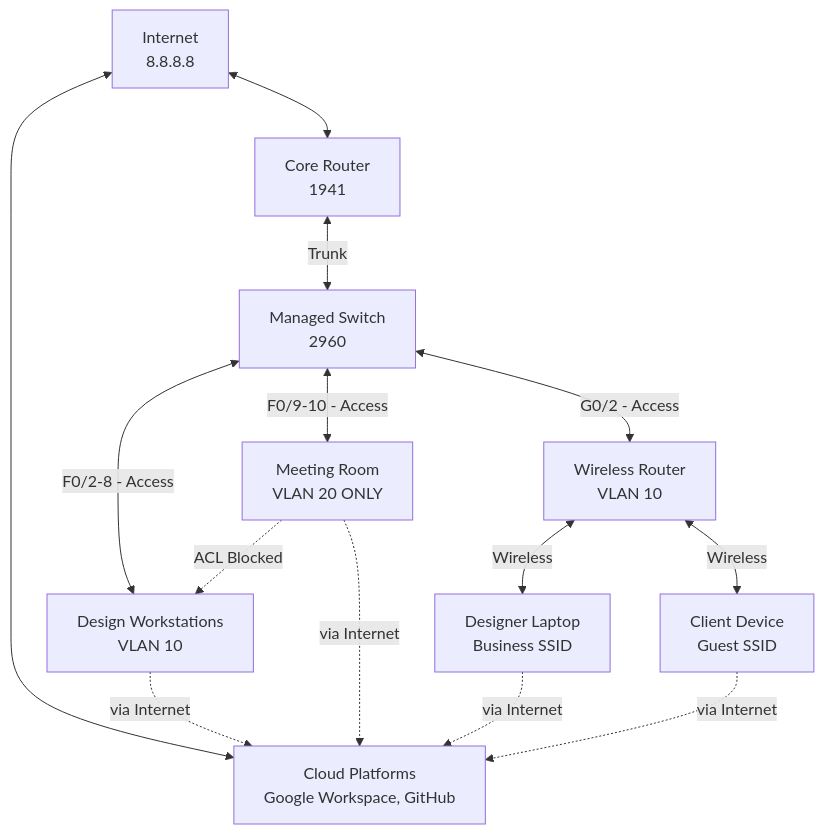
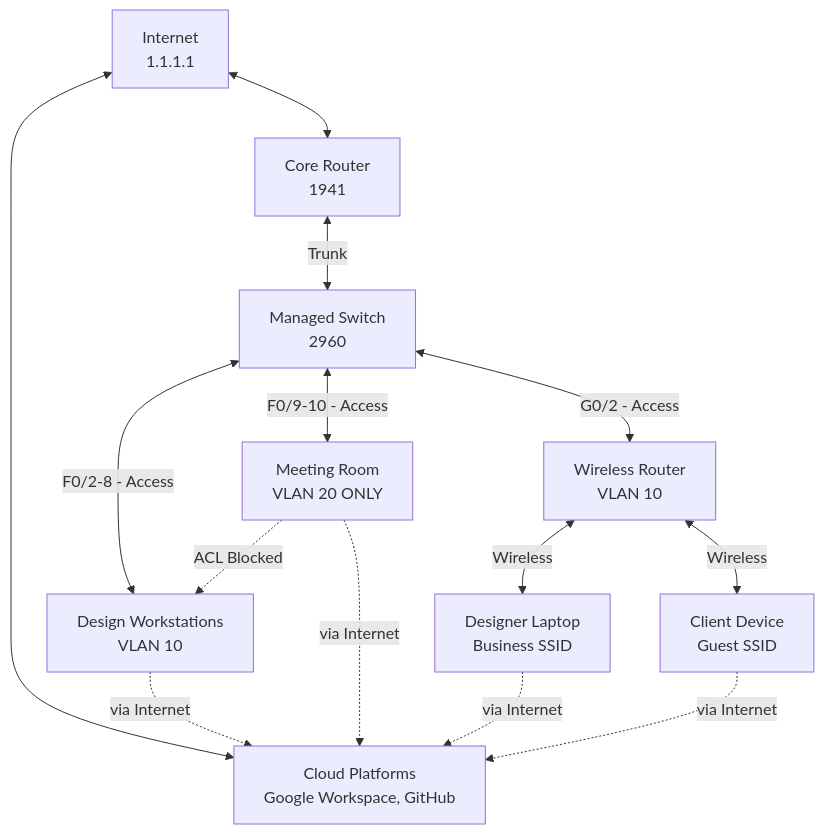
One commit to rick-homelab/business-network-simulations changed the first of 2 diagrams in project-01-soho-network/DETAILED-DOCUMENTATION.md. Above: the diagram before and after it, drawn with Mermaid. The commit also changed other lines of this file, not shown here.

````diff
--- a/project-01-soho-network/DETAILED-DOCUMENTATION.md
+++ b/project-01-soho-network/DETAILED-DOCUMENTATION.md
@@ -59,22 +59,22 @@
 ```mermaid
 graph TB
-    INTERNET[Internet<br/>8.8.8.8] <--> R1[Core Router</br>1941]
+    INTERNET[Internet<br/>1.1.1.1] <--> R1[Core Router</br>1941]
     
     R1 <--> |Trunk| SW1[Managed Switch<br/>2960]
 
     SW1 <--> |G0/2 - Access| AP1[Wireless Router<br/>VLAN 10]
     SW1 <--> |F0/2-8 - Access| WORKSTATION[Design Workstations<br/>VLAN 10]
     SW1 <--> |F0/9-10 - Access| MEETING[Meeting Room<br/>VLAN 20 ONLY]
     
     AP1 <--> |Wireless| LAPTOP[Designer Laptop<br/>Business SSID]
     AP1 <--> |Wireless| CLIENT[Client Device<br/>Guest SSID]
     
     INTERNET <--> CLOUD[Cloud Platforms<br/>Google Workspace, GitHub]
     
     WORKSTATION -.-> |via Internet| CLOUD
     MEETING -.-> |via Internet| CLOUD
     LAPTOP -.-> |via Internet| CLOUD
     CLIENT -.-> |via Internet| CLOUD
 
     MEETING -.-> |ACL Blocked| WORKSTATION
 ```
````
